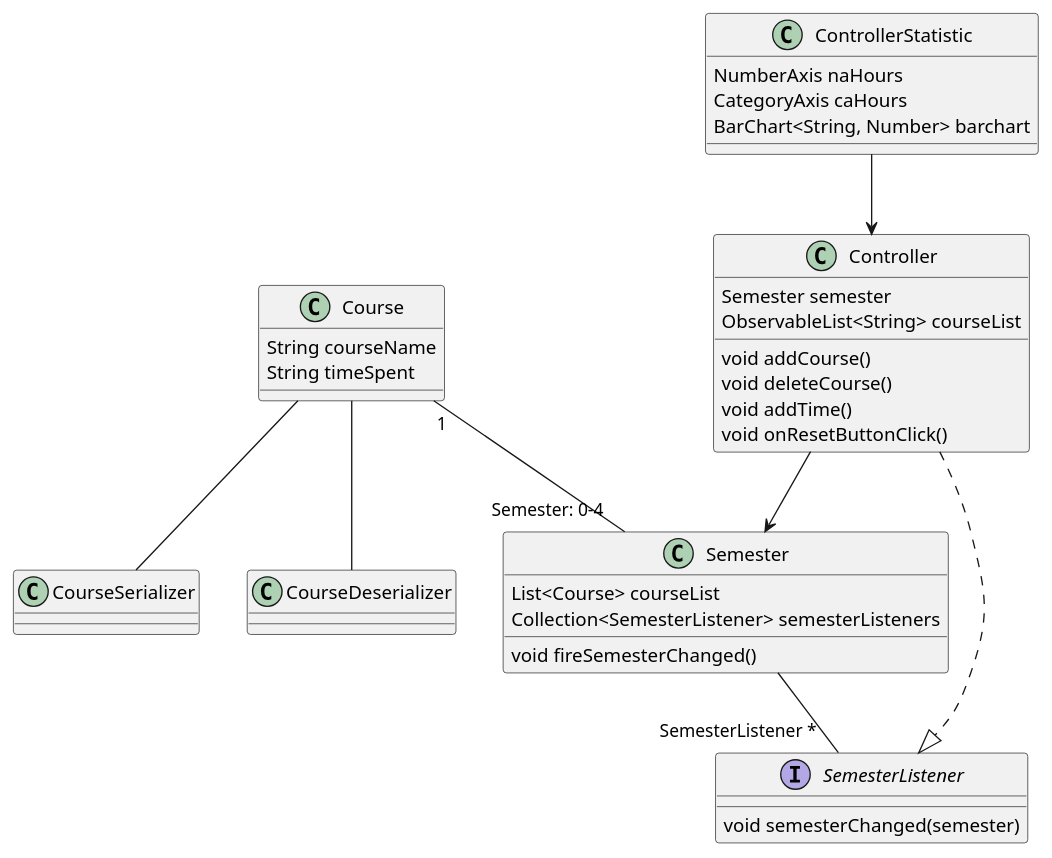
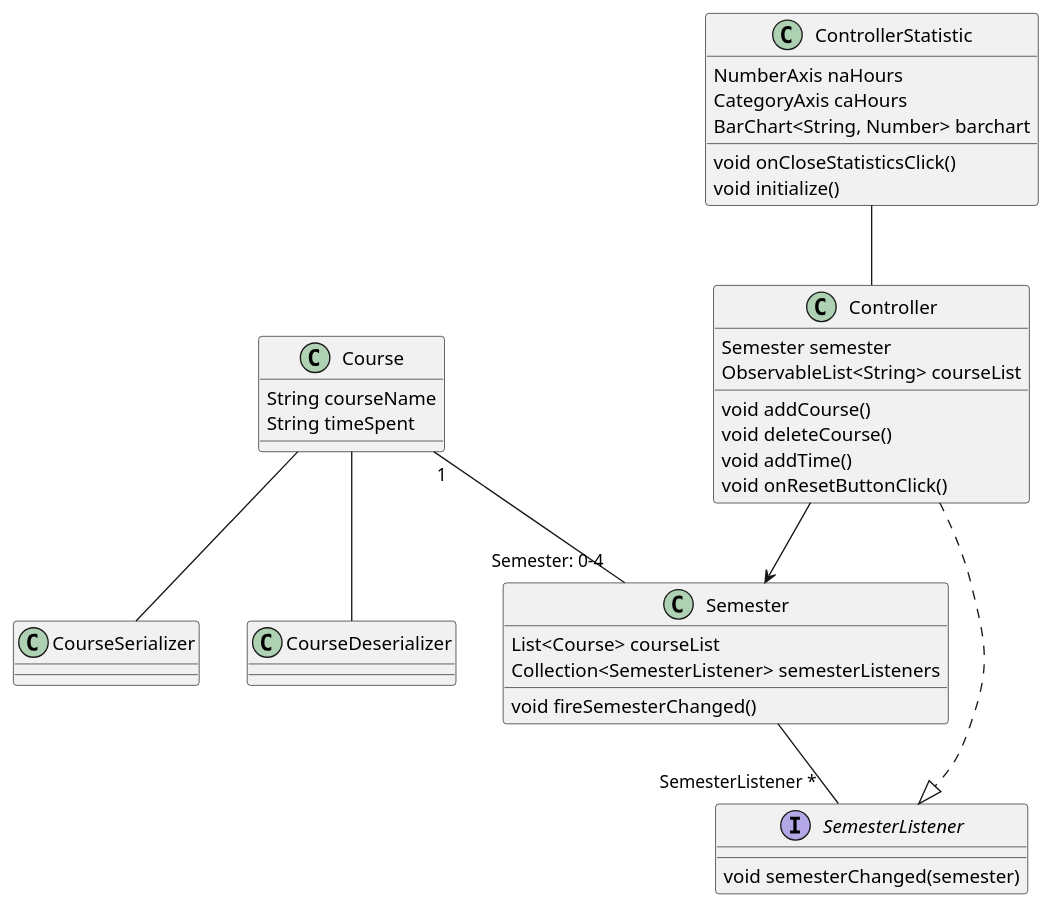
One commit to bmksimons/studytracker changed the second of 4 diagrams in IT1901/README.md. Above: the diagram before and after it, drawn with PlantUML.

````diff
--- a/IT1901/README.md
+++ b/IT1901/README.md
@@ -104,37 +104,39 @@
 ```plantuml
 @startuml
 interface SemesterListener
 class Course
 class Semester
 class CourseSerializer
 class CourseDeserializer
 class Controller
 class ControllerStatistic
 
 Course "1" -- "Semester: 0-4" Semester
 Controller ..|> SemesterListener
 Semester -- "SemesterListener *" SemesterListener
 Course -- CourseSerializer
 Course -- CourseDeserializer
 Controller --> Semester
-ControllerStatistic --> Controller
+ControllerStatistic -- Controller
 
 Course : String courseName
 Course : String timeSpent
 Semester : List<Course> courseList
 Semester : Collection<SemesterListener> semesterListeners
 Semester : void fireSemesterChanged()
 SemesterListener : void semesterChanged(semester)
 Controller : Semester semester
 Controller : ObservableList<String> courseList
 Controller : void addCourse()
 Controller : void deleteCourse()
 Controller : void addTime()
 Controller : void onResetButtonClick()
 ControllerStatistic : NumberAxis naHours
 ControllerStatistic : CategoryAxis caHours
 ControllerStatistic : BarChart<String, Number> barchart
+ControllerStatistic : void onCloseStatisticsClick()
+ControllerStatistic : void initialize()
 
 
 @enduml
 ```
````
